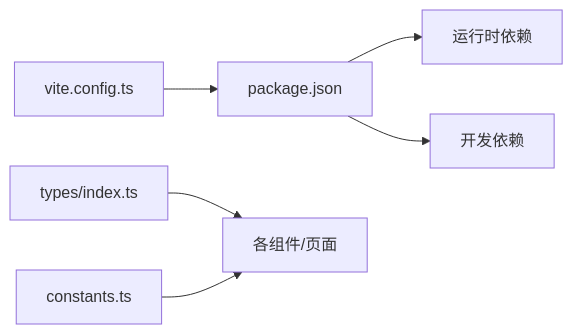
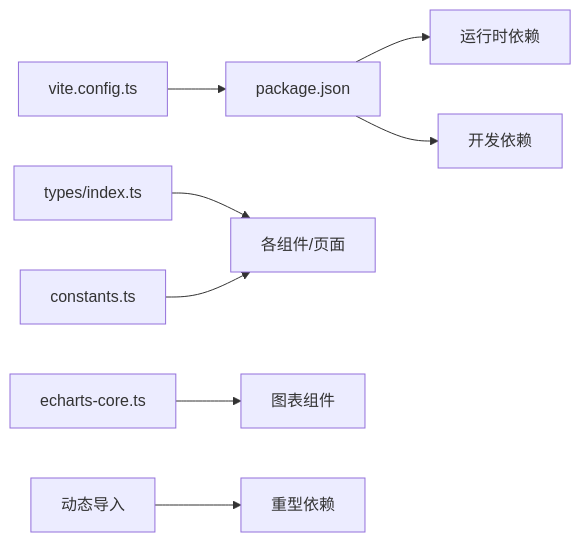
The eighth of 8 diagrams in .qoder/repowiki/zh/content/性能优化/性能优化.md (Damao997/newproject), drawn with Mermaid before and after one commit. The commit also changed other lines of this file and 26 other files, not shown here.

````diff
--- a/.qoder/repowiki/zh/content/性能优化/性能优化.md
+++ b/.qoder/repowiki/zh/content/性能优化/性能优化.md
@@ -269,8 +319,10 @@
 ```mermaid
 graph LR
 V["vite.config.ts"] --> P["package.json"]
 P --> R["运行时依赖"]
 P --> D["开发依赖"]
 T["types/index.ts"] --> C["各组件/页面"]
 CT["constants.ts"] --> C
+EC["echarts-core.ts"] --> CH["图表组件"]
+DI["动态导入"] --> HC["重型依赖"]
 ```
````
